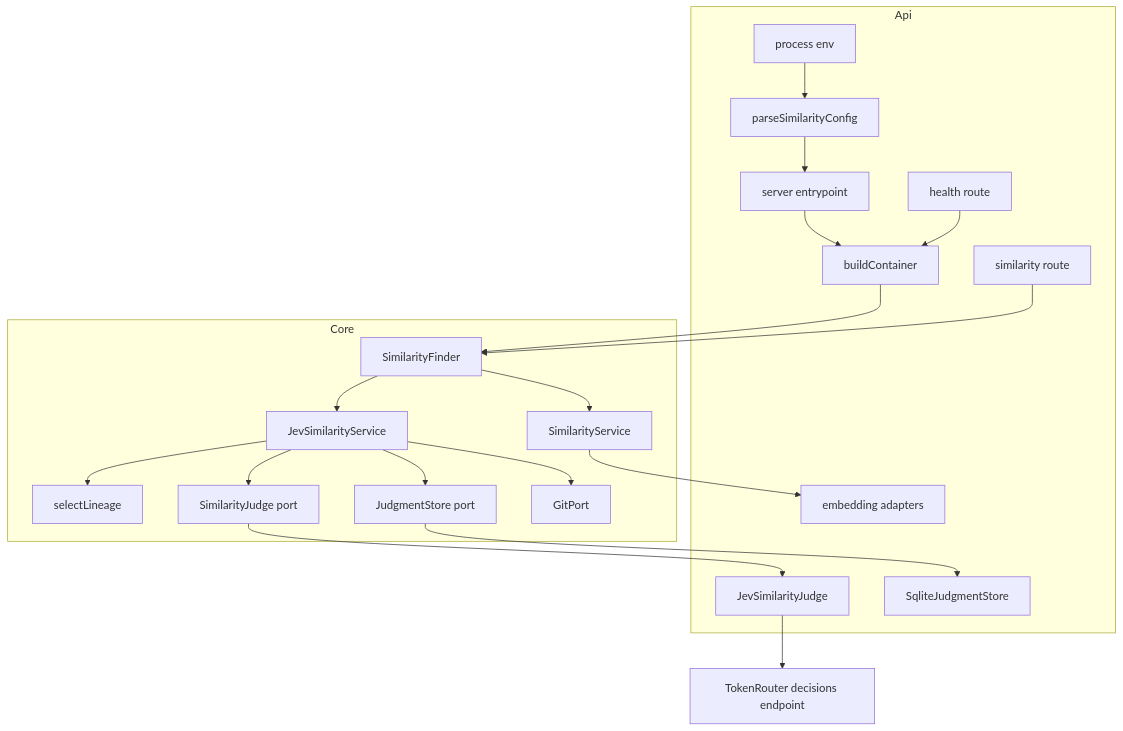
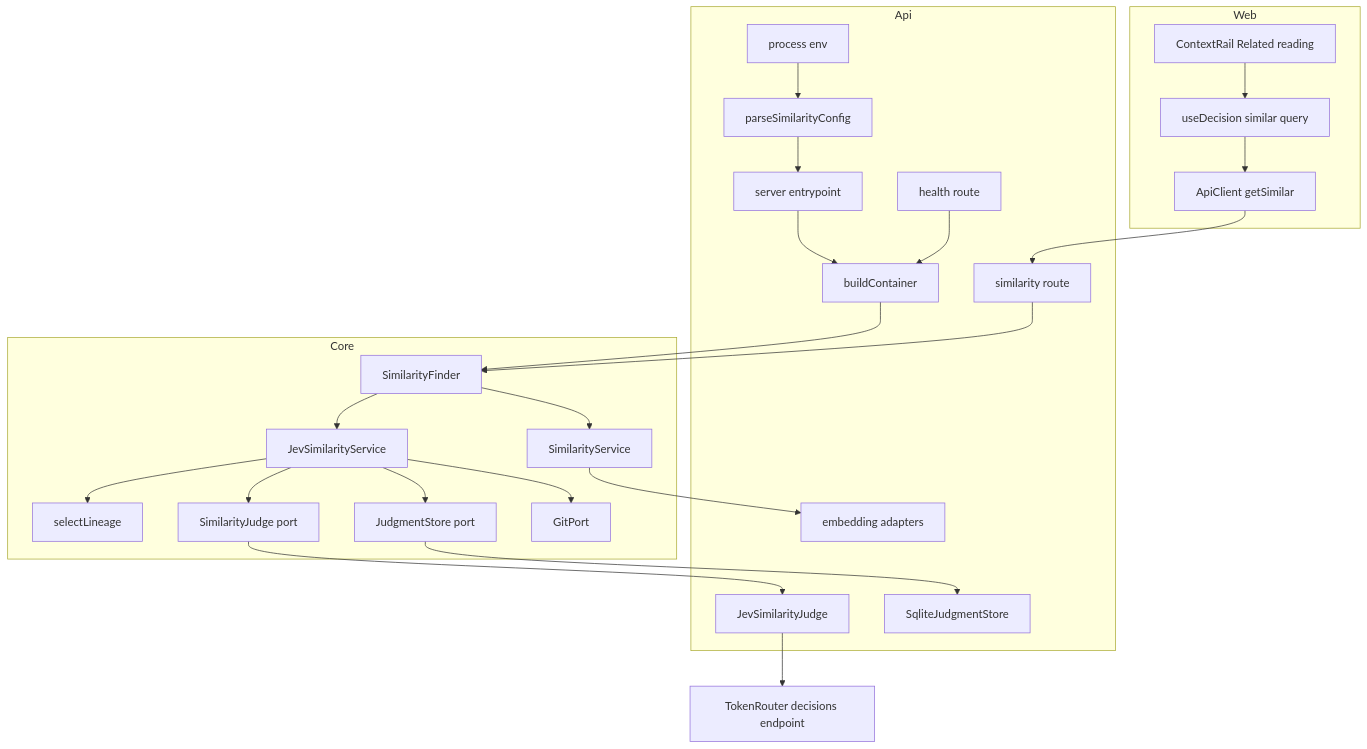
One commit to sacherowy/madr-repostiory changed the first of 3 diagrams in .kiro/specs/jev-similarity/design.md. Above: the diagram before and after it, drawn with Mermaid. The commit also changed other lines of this file and 3 other files, not shown here.

````diff
--- a/.kiro/specs/jev-similarity/design.md
+++ b/.kiro/specs/jev-similarity/design.md
@@ -62,41 +71,49 @@
 ```mermaid
 graph TB
     subgraph Api
         Env[process env]
         Parser[parseSimilarityConfig]
         Entry[server entrypoint]
         Container[buildContainer]
         Route[similarity route]
         Health[health route]
         JevJudge[JevSimilarityJudge]
         JudgeStore[SqliteJudgmentStore]
         EmbAdapters[embedding adapters]
     end
     subgraph Core
         Finder[SimilarityFinder]
         EmbService[SimilarityService]
         JevService[JevSimilarityService]
         Lineage[selectLineage]
         JudgePort[SimilarityJudge port]
         StorePort[JudgmentStore port]
         GitPort[GitPort]
     end
+    subgraph Web
+        Client[ApiClient getSimilar]
+        Hook[useDecision similar query]
+        Rail[ContextRail Related reading]
+    end
     JevApi[TokenRouter decisions endpoint]
 
     Env --> Parser
     Parser --> Entry
     Entry --> Container
     Container --> Finder
     Route --> Finder
     Health --> Container
     Finder --> EmbService
     Finder --> JevService
     EmbService --> EmbAdapters
     JevService --> Lineage
     JevService --> JudgePort
     JevService --> StorePort
     JevService --> GitPort
     JudgePort --> JevJudge
     StorePort --> JudgeStore
     JevJudge --> JevApi
+    Rail --> Hook
+    Hook --> Client
+    Client --> Route
 ```
````
